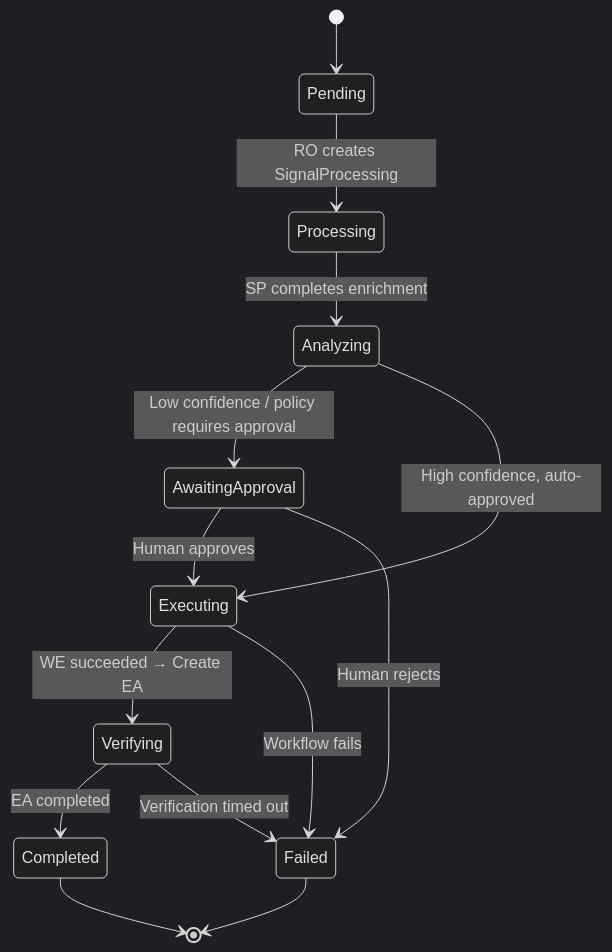
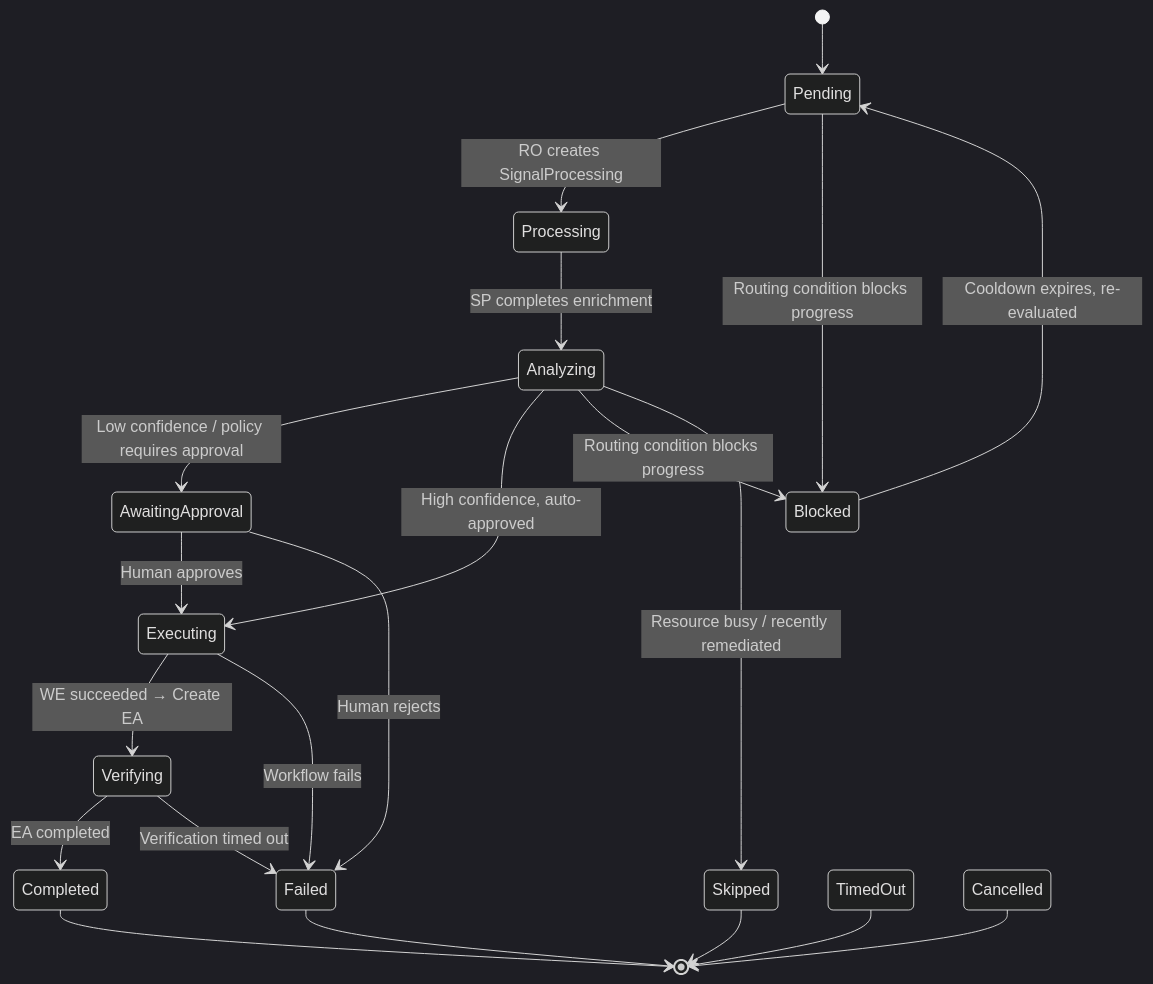
The second of 2 diagrams in docs/getting-started/architecture-overview.md (jordigilh/kubernaut-docs), drawn with Mermaid (dark theme) before and after one commit. The commit also changed other lines of this file, not shown here.

First line of the commit message:
docs: fix architecture overview — service tables, lifecycle diagram, data flow

````diff
--- a/docs/getting-started/architecture-overview.md
+++ b/docs/getting-started/architecture-overview.md
@@ -126,16 +126,23 @@
 ```mermaid
 stateDiagram-v2
     [*] --> Pending
     Pending --> Processing: RO creates SignalProcessing
+    Pending --> Blocked: Routing condition blocks progress
     Processing --> Analyzing: SP completes enrichment
     Analyzing --> AwaitingApproval: Low confidence / policy requires approval
     Analyzing --> Executing: High confidence, auto-approved
+    Analyzing --> Blocked: Routing condition blocks progress
+    Analyzing --> Skipped: Resource busy / recently remediated
     AwaitingApproval --> Executing: Human approves
     AwaitingApproval --> Failed: Human rejects
     Executing --> Verifying: WE succeeded → Create EA
     Executing --> Failed: Workflow fails
+    Blocked --> Pending: Cooldown expires, re-evaluated
     Verifying --> Completed: EA completed
     Verifying --> Failed: Verification timed out
     Completed --> [*]
     Failed --> [*]
+    TimedOut --> [*]
+    Skipped --> [*]
+    Cancelled --> [*]
 ```
````
